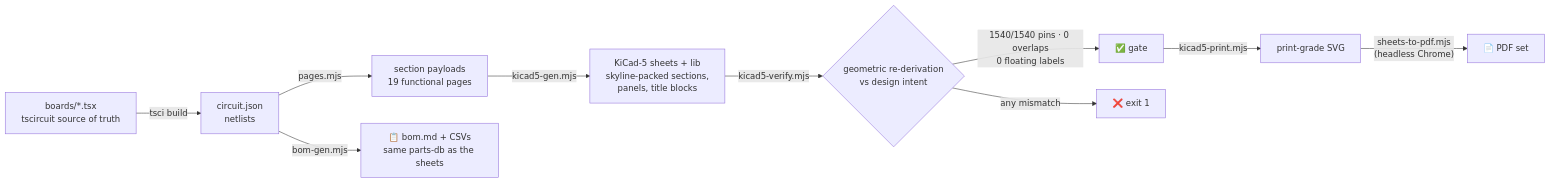
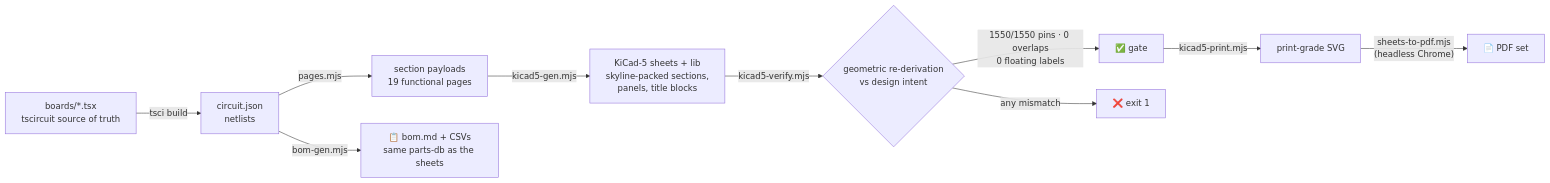
Before and after one commit to vectivolt/Traction-Inverter-GEN-1: the eighth of 9 diagrams in README.md, drawn with Mermaid. The commit also changed other lines of this file and 26 other files, not shown here.

````diff
--- a/README.md
+++ b/README.md
@@ -412,12 +417,12 @@
 ```mermaid
 flowchart LR
   TSX["boards/*.tsx<br/>tscircuit source of truth"] -->|tsci build| CJ["circuit.json<br/>netlists"]
   CJ -->|pages.mjs| PG["section payloads<br/>19 functional pages"]
   PG -->|kicad5-gen.mjs| SCH["KiCad-5 sheets + lib<br/>skyline-packed sections,<br/>panels, title blocks"]
   SCH -->|kicad5-verify.mjs| V{"geometric re-derivation<br/>vs design intent"}
-  V -->|"1540/1540 pins · 0 overlaps<br/>0 floating labels"| OK["✅ gate"]
+  V -->|"1550/1550 pins · 0 overlaps<br/>0 floating labels"| OK["✅ gate"]
   V -->|any mismatch| FAIL["❌ exit 1"]
   OK -->|kicad5-print.mjs| SVG["print-grade SVG"]
   SVG -->|"sheets-to-pdf.mjs<br/>(headless Chrome)"| PDF["📄 PDF set"]
   CJ -->|bom-gen.mjs| BOM["📋 bom.md + CSVs<br/>same parts-db as the sheets"]
 ```
````
